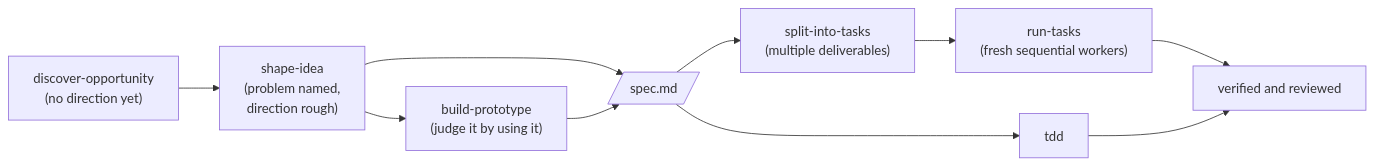
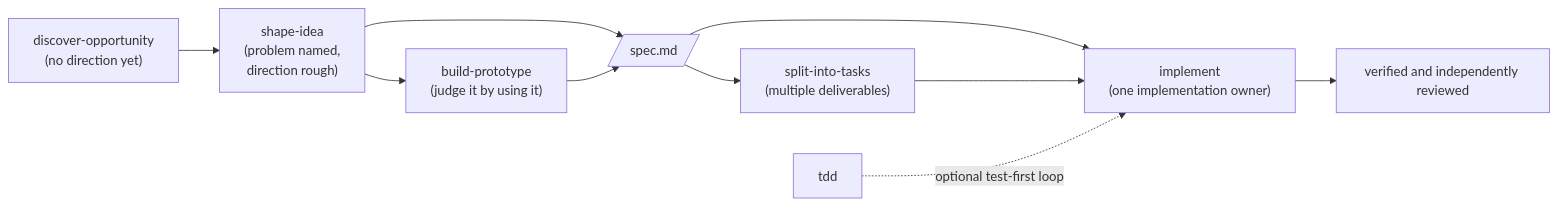
One commit to toy-crane/skills changed the diagram in README.md. Above: the diagram before and after it, drawn with Mermaid. The commit also changed other lines of this file and 25 other files, not shown here.

````diff
--- a/README.md
+++ b/README.md
@@ -46,12 +47,12 @@
 ```mermaid
 flowchart LR
     DO["discover-opportunity<br/>(no direction yet)"] --> SI["shape-idea<br/>(problem named,<br/>direction rough)"]
     SI --> BP["build-prototype<br/>(judge it by using it)"]
     SI --> SPEC[/spec.md/]
     BP --> SPEC
     SPEC --> ST["split-into-tasks<br/>(multiple deliverables)"]
-    ST --> RT["run-tasks<br/>(fresh sequential workers)"]
-    RT --> DONE["verified and reviewed"]
-    SPEC --> TDD[tdd]
-    TDD --> DONE
+    SPEC --> IM["implement<br/>(one implementation owner)"]
+    ST --> IM
+    IM --> DONE["verified and independently reviewed"]
+    TDD[tdd] -. "optional test-first loop" .-> IM
 ```
````
